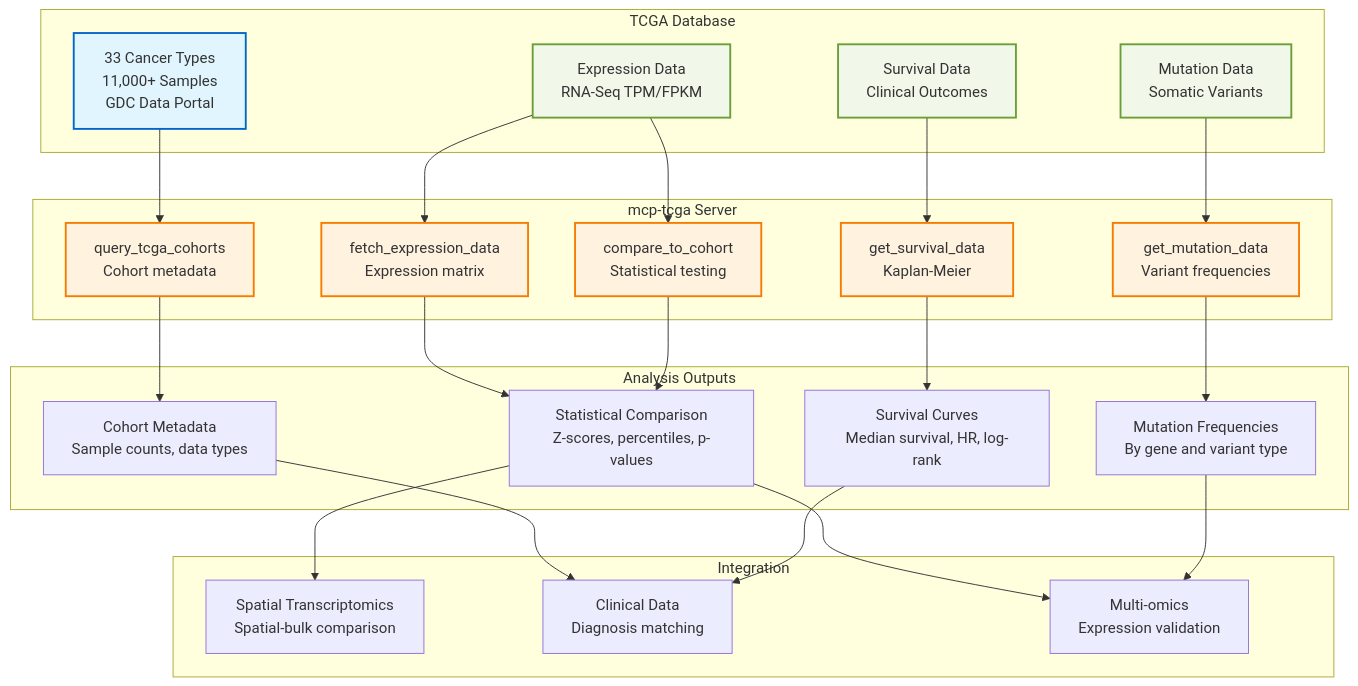
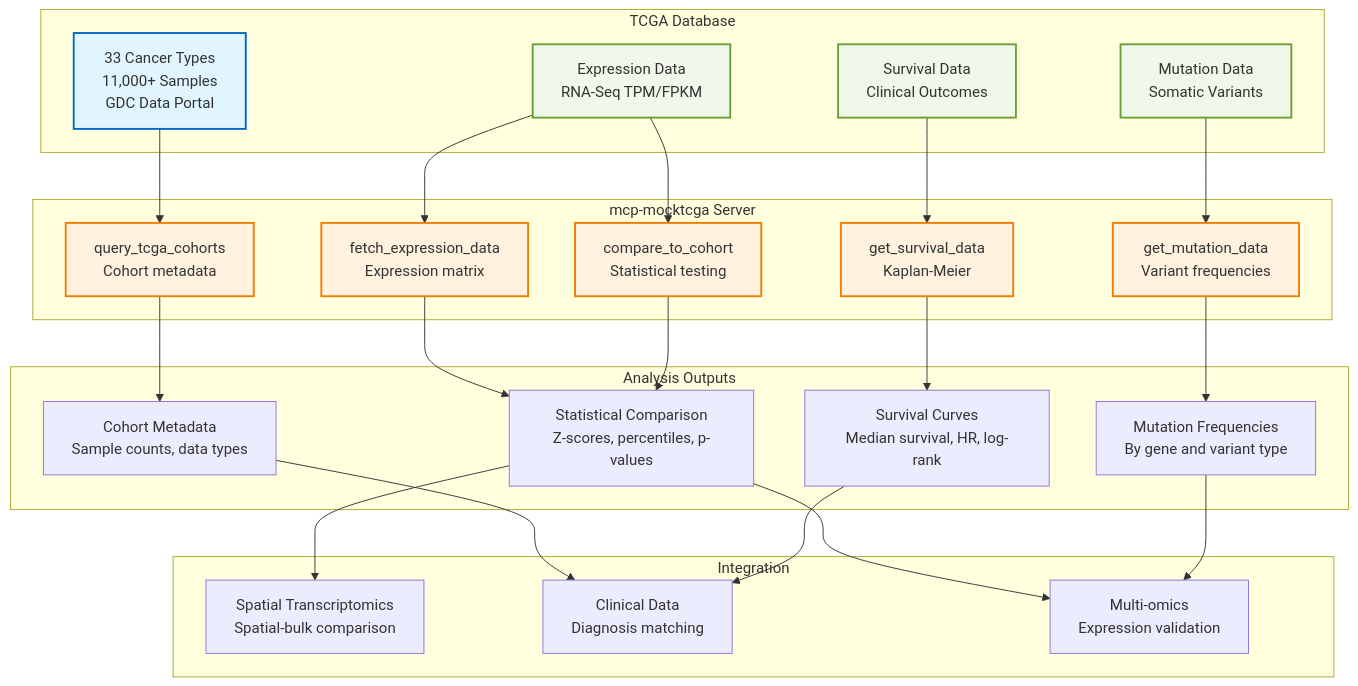
The diagram in docs/reference/architecture/dna/genomic-cohorts.md (raymond301/precision-medicine-mcp), drawn with Mermaid before and after one commit. The commit also changed other lines of this file and 67 other files, not shown here.

````diff
--- a/docs/reference/architecture/dna/genomic-cohorts.md
+++ b/docs/reference/architecture/dna/genomic-cohorts.md
@@ -23,58 +23,58 @@
 ```mermaid
 graph TB
     subgraph "TCGA Database"
         COHORTS[33 Cancer Types<br/>11,000+ Samples<br/>GDC Data Portal]
         EXPR[Expression Data<br/>RNA-Seq TPM/FPKM]
         MUT[Mutation Data<br/>Somatic Variants]
         SURV[Survival Data<br/>Clinical Outcomes]
     end
 
-    subgraph "mcp-tcga Server"
+    subgraph "mcp-mocktcga Server"
         QUERY[query_tcga_cohorts<br/>Cohort metadata]
         FETCH[fetch_expression_data<br/>Expression matrix]
         COMPARE[compare_to_cohort<br/>Statistical testing]
         SURVIVAL[get_survival_data<br/>Kaplan-Meier]
         MUTATION[get_mutation_data<br/>Variant frequencies]
     end
 
     subgraph "Analysis Outputs"
         META[Cohort Metadata<br/>Sample counts, data types]
         STATS[Statistical Comparison<br/>Z-scores, percentiles, p-values]
         KM[Survival Curves<br/>Median survival, HR, log-rank]
         FREQ[Mutation Frequencies<br/>By gene and variant type]
     end
 
     subgraph "Integration"
         SPATIAL[Spatial Transcriptomics<br/>Spatial-bulk comparison]
         CLINICAL[Clinical Data<br/>Diagnosis matching]
         MULTI[Multi-omics<br/>Expression validation]
     end
 
     COHORTS --> QUERY
     EXPR --> FETCH
     EXPR --> COMPARE
     SURV --> SURVIVAL
     MUT --> MUTATION
 
     QUERY --> META
     FETCH --> STATS
     COMPARE --> STATS
     SURVIVAL --> KM
     MUTATION --> FREQ
 
     META --> CLINICAL
     STATS --> SPATIAL
     STATS --> MULTI
     KM --> CLINICAL
     FREQ --> MULTI
 
     style COHORTS fill:#e1f5ff,stroke:#0066cc,stroke-width:2px
     style EXPR fill:#f1f8e9,stroke:#689f38,stroke-width:2px
     style MUT fill:#f1f8e9,stroke:#689f38,stroke-width:2px
     style SURV fill:#f1f8e9,stroke:#689f38,stroke-width:2px
     style QUERY fill:#fff3e0,stroke:#f57c00,stroke-width:2px
     style FETCH fill:#fff3e0,stroke:#f57c00,stroke-width:2px
     style COMPARE fill:#fff3e0,stroke:#f57c00,stroke-width:2px
     style SURVIVAL fill:#fff3e0,stroke:#f57c00,stroke-width:2px
     style MUTATION fill:#fff3e0,stroke:#f57c00,stroke-width:2px
 ```
````
